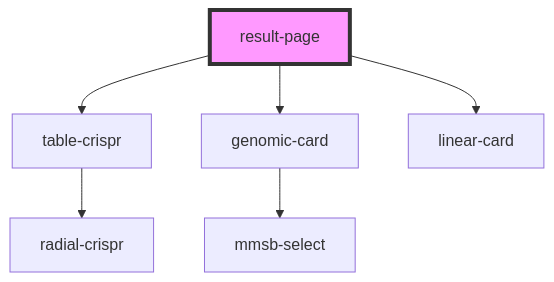
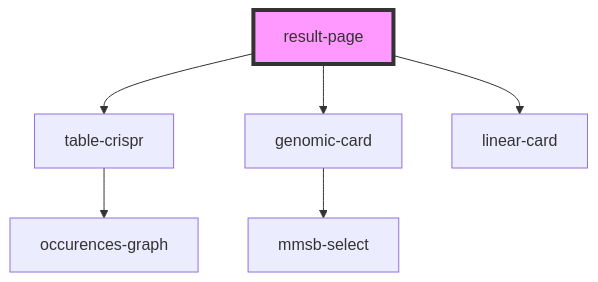
Before and after one commit to MMSB-MOBI/result_page_crispr: the diagram in src/components/result-page/readme.md, drawn with Mermaid. The commit also changed 11 other files, not shown here.

````diff
--- a/src/components/result-page/readme.md
+++ b/src/components/result-page/readme.md
@@ -28,9 +28,9 @@
 ```mermaid
 graph TD;
   result-page --> table-crispr
   result-page --> genomic-card
   result-page --> linear-card
-  table-crispr --> radial-crispr
+  table-crispr --> occurences-graph
   genomic-card --> mmsb-select
   style result-page fill:#f9f,stroke:#333,stroke-width:4px
 ```
````
